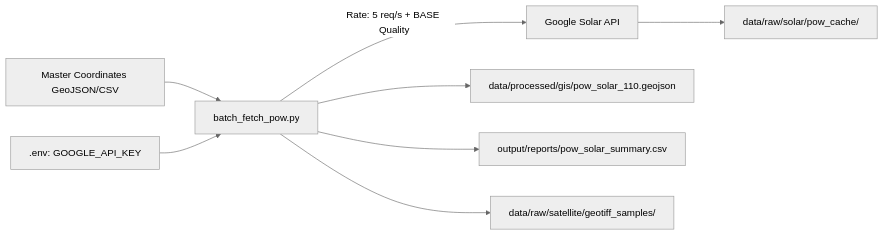
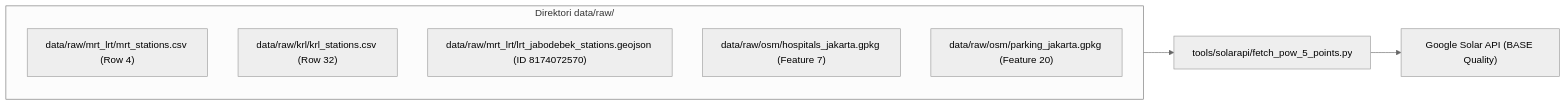
One commit to HenryAi-SIBERMU/SP changed the second of 3 diagrams in docs/PLAN-PROOF-OF-WORK-SOLAR-API-JABODETABEK.md. Above: the diagram before and after it, drawn with Mermaid (neutral theme). The commit also changed other lines of this file, not shown here.

Commit message:
docs: perbarui rencana kerja POW Tahap 1 (5 titik multi-kategori full SKU, audit pipeline spasial, skema dataset, dan integrasi dashboard)

````diff
--- a/docs/PLAN-PROOF-OF-WORK-SOLAR-API-JABODETABEK.md
+++ b/docs/PLAN-PROOF-OF-WORK-SOLAR-API-JABODETABEK.md
@@ -124,12 +75,13 @@
 ```mermaid
 flowchart LR
-    MasterData[Master Coordinates GeoJSON/CSV] --> BatchEngine[batch_fetch_pow.py]
-    APIKey[.env: GOOGLE_API_KEY] --> BatchEngine
+    subgraph DataRaw["Direktori data/raw/"]
+        F1["data/raw/mrt_lrt/mrt_stations.csv (Row 4)"]
+        F2["data/raw/krl/krl_stations.csv (Row 32)"]
+        F3["data/raw/mrt_lrt/lrt_jabodebek_stations.geojson (ID 8174072570)"]
+        F4["data/raw/osm/hospitals_jakarta.gpkg (Feature 7)"]
+        F5["data/raw/osm/parking_jakarta.gpkg (Feature 20)"]
+    end
     
-    BatchEngine -->|Rate: 5 req/s + BASE Quality| SolarAPI[Google Solar API]
-    SolarAPI --> Cache[data/raw/solar/pow_cache/]
-    
-    BatchEngine --> OutputGIS[data/processed/gis/pow_solar_110.geojson]
-    BatchEngine --> OutputCSV[output/reports/pow_solar_summary.csv]
-    BatchEngine --> GeoTIFF[data/raw/satellite/geotiff_samples/]
+    DataRaw --> Runner["tools/solarapi/fetch_pow_5_points.py"]
+    Runner --> SolarAPI["Google Solar API (BASE Quality)"]
 ```
````
